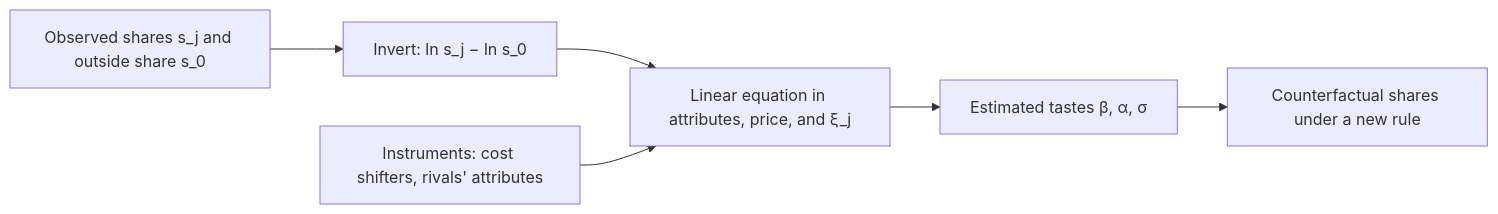
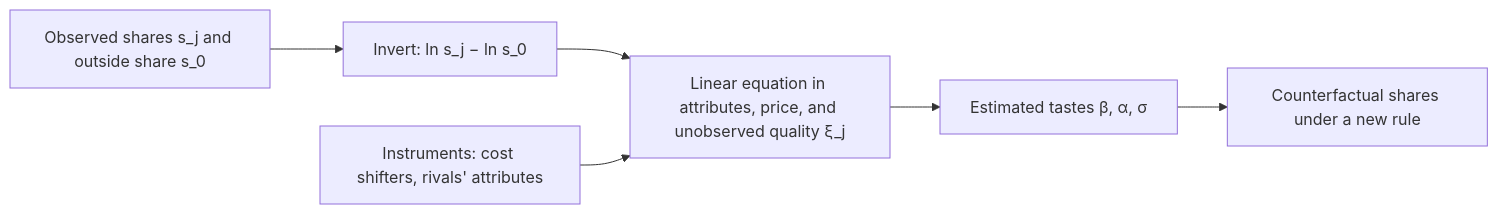
The diagram in content/Phase II/Wiki/Collections/Supplementary Research Papers/1994 Discrete-Choice Demand Estimation.md (bonding-curves/avalanche-phase-ii-research), drawn with Mermaid before and after one commit. The commit also changed other lines of this file and 27 other files, not shown here.

````diff
--- a/content/Phase II/Wiki/Collections/Supplementary Research Papers/1994 Discrete-Choice Demand Estimation.md
+++ b/content/Phase II/Wiki/Collections/Supplementary Research Papers/1994 Discrete-Choice Demand Estimation.md
@@ -24,8 +22,8 @@
 ```mermaid
 flowchart LR
   S["Observed shares s_j and outside share s_0"] --> I["Invert: ln s_j − ln s_0"]
-  I --> R["Linear equation in attributes, price, and ξ_j"]
+  I --> R["Linear equation in attributes, price, and unobserved quality ξ_j"]
   Z["Instruments: cost shifters, rivals' attributes"] --> R
   R --> B["Estimated tastes β, α, σ"]
   B --> C["Counterfactual shares under a new rule"]
 ```
````
